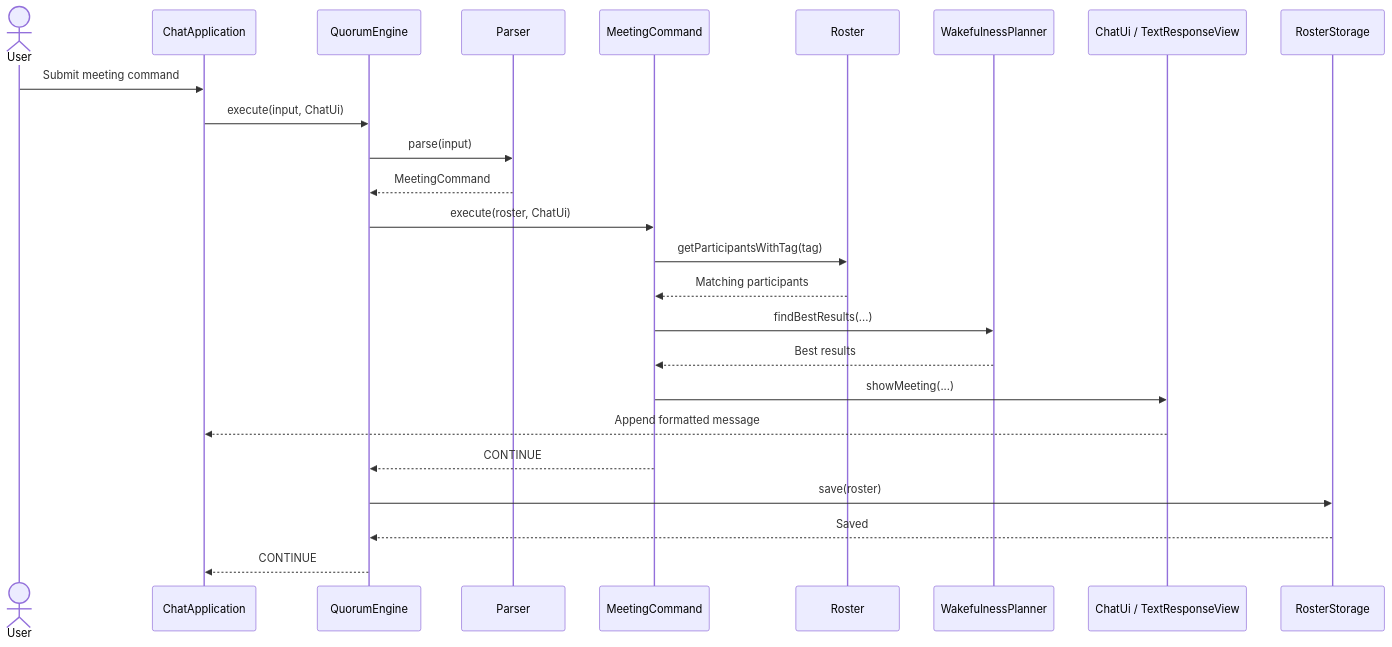
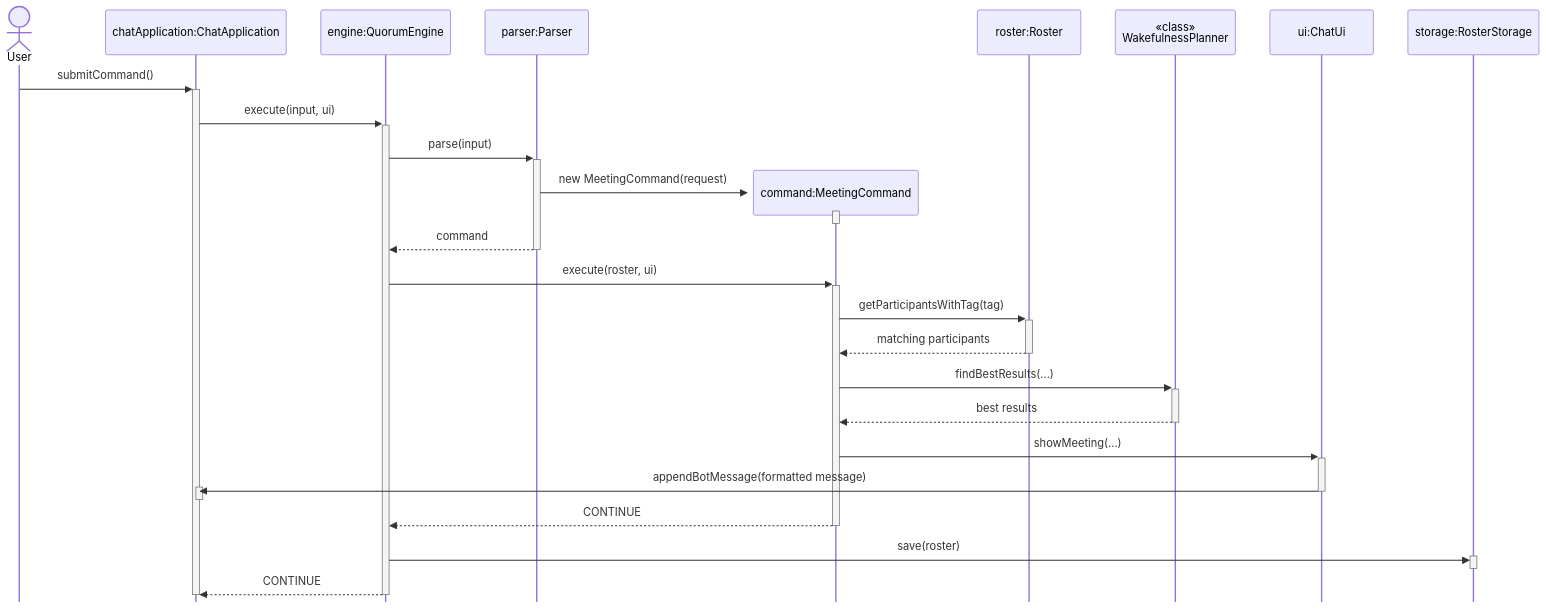
One commit to Whimsyturtle/CS3227-2610-MP1 changed the third of 3 diagrams in docs/DeveloperGuide.md. Above: the diagram before and after it, drawn with Mermaid. The commit also changed other lines of this file and 1 other file, not shown here.

Commit message:
Refine DG

````diff
--- a/docs/DeveloperGuide.md
+++ b/docs/DeveloperGuide.md
@@ -105,28 +105,36 @@
 ```mermaid
+%%{init: { "sequence": { "mirrorActors": false } } }%%
 sequenceDiagram
     actor User
-    participant ChatApplication
-    participant QuorumEngine
-    participant Parser
-    participant MeetingCommand
-    participant Roster
-    participant WakefulnessPlanner
-    participant View as ChatUi / TextResponseView
-    participant Storage as RosterStorage
+    participant chatApplication as chatApplication:ChatApplication
+    participant engine as engine:QuorumEngine
+    participant parser as parser:Parser
 
-    User->>ChatApplication: Submit meeting command
-    ChatApplication->>QuorumEngine: execute(input, ChatUi)
-    QuorumEngine->>Parser: parse(input)
-    Parser-->>QuorumEngine: MeetingCommand
-    QuorumEngine->>MeetingCommand: execute(roster, ChatUi)
-    MeetingCommand->>Roster: getParticipantsWithTag(tag)
-    Roster-->>MeetingCommand: Matching participants
-    MeetingCommand->>WakefulnessPlanner: findBestResults(...)
-    WakefulnessPlanner-->>MeetingCommand: Best results
-    MeetingCommand->>View: showMeeting(...)
-    View-->>ChatApplication: Append formatted message
-    MeetingCommand-->>QuorumEngine: CONTINUE
-    QuorumEngine->>Storage: save(roster)
-    Storage-->>QuorumEngine: Saved
-    QuorumEngine-->>ChatApplication: CONTINUE
+    User->>+chatApplication: submitCommand()
+    chatApplication->>+engine: execute(input, ui)
+    engine->>+parser: parse(input)
+    create participant command as command:MeetingCommand
+    parser->>+command: new MeetingCommand(request)
+    deactivate command
+    parser-->>-engine: command
+
+    participant roster as roster:Roster
+    participant WakefulnessPlanner as «class»<br/>WakefulnessPlanner
+    participant ui as ui:ChatUi
+    participant storage as storage:RosterStorage
+
+    engine->>+command: execute(roster, ui)
+    command->>+roster: getParticipantsWithTag(tag)
+    roster-->>-command: matching participants
+    command->>+WakefulnessPlanner: findBestResults(...)
+    WakefulnessPlanner-->>-command: best results
+    command->>+ui: showMeeting(...)
+    ui->>+chatApplication: appendBotMessage(formatted message)
+    deactivate chatApplication
+    deactivate ui
+    command-->>-engine: CONTINUE
+    engine->>+storage: save(roster)
+    deactivate storage
+    engine-->>-chatApplication: CONTINUE
+    deactivate chatApplication
 ```
````
